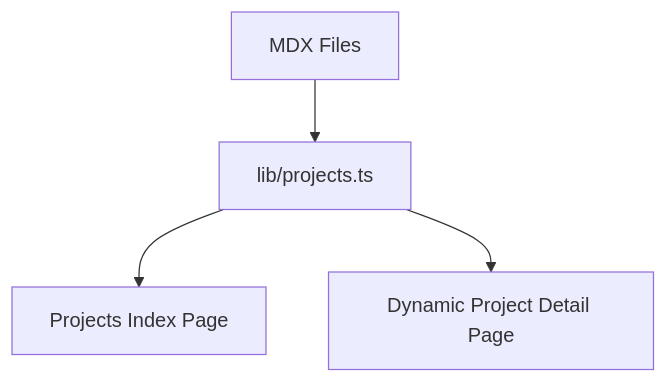
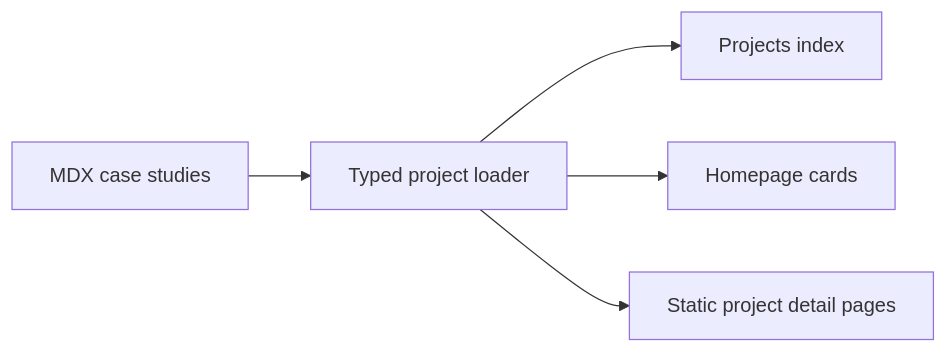
One commit to KatlehoM22/portfolio-job-seeking changed the diagram in content/projects/portfolio-platform-architecture.mdx. Above: the diagram before and after it, drawn with Mermaid. The commit also changed other lines of this file and 11 other files, not shown here.

````diff
--- a/content/projects/portfolio-platform-architecture.mdx
+++ b/content/projects/portfolio-platform-architecture.mdx
@@ -22,6 +88,7 @@
 ```mermaid
-flowchart TD
-  MDX[MDX Files] --> Loader[lib/projects.ts]
-  Loader --> List[Projects Index Page]
-  Loader --> Detail[Dynamic Project Detail Page]
+flowchart LR
+  MDX[MDX case studies] --> Loader[Typed project loader]
+  Loader --> Index[Projects index]
+  Loader --> Home[Homepage cards]
+  Loader --> Detail[Static project detail pages]
 ```
````
